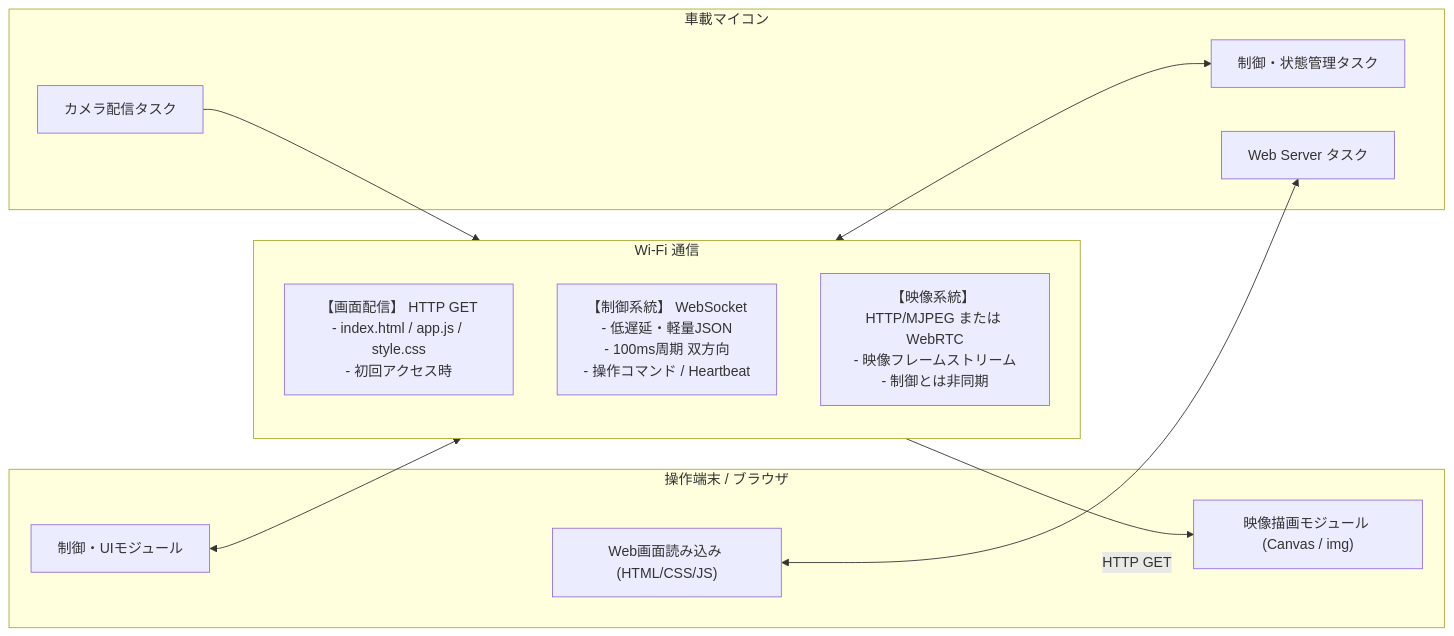
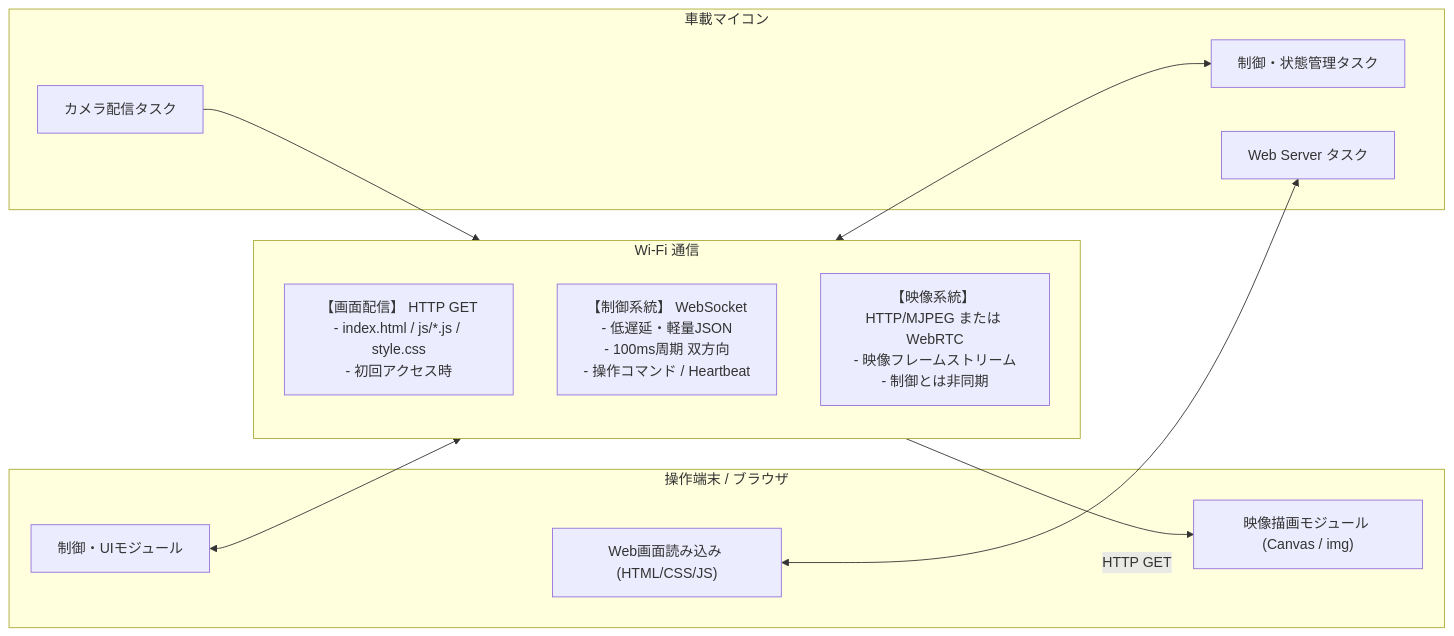
Before and after one commit to tut-cc/mini-4wd-webapp: the second of 3 diagrams in docs/system-architecture.md, drawn with Mermaid. The commit also changed 10 other files, not shown here.

````diff
--- a/docs/system-architecture.md
+++ b/docs/system-architecture.md
@@ -56,25 +56,25 @@
 ```mermaid
 flowchart LR
     subgraph WebApp["操作端末 / ブラウザ"]
         W_STATIC["Web画面読み込み (HTML/CSS/JS)"]
         W_CTRL["制御・UIモジュール"]
         W_VIDEO["映像描画モジュール (Canvas / img)"]
     end
 
     subgraph Network["Wi-Fi 通信"]
         direction TB
-        HTTP_STATIC["【画面配信】 HTTP GET\n- index.html / app.js / style.css\n- 初回アクセス時"]
+        HTTP_STATIC["【画面配信】 HTTP GET\n- index.html / js/*.js / style.css\n- 初回アクセス時"]
         WS["【制御系統】 WebSocket\n- 低遅延・軽量JSON\n- 100ms周期 双方向\n- 操作コマンド / Heartbeat"]
         HTTP_CAM["【映像系統】 HTTP/MJPEG または WebRTC\n- 映像フレームストリーム\n- 制御とは非同期"]
     end
 
     subgraph MCU["車載マイコン"]
         M_HTTP["Web Server タスク"]
         M_CTRL["制御・状態管理タスク"]
         M_CAM["カメラ配信タスク"]
     end
 
     W_STATIC <-- HTTP GET --> M_HTTP
     W_CTRL <--> WS <--> M_CTRL
     M_CAM --> HTTP_CAM --> W_VIDEO
 ```
````
